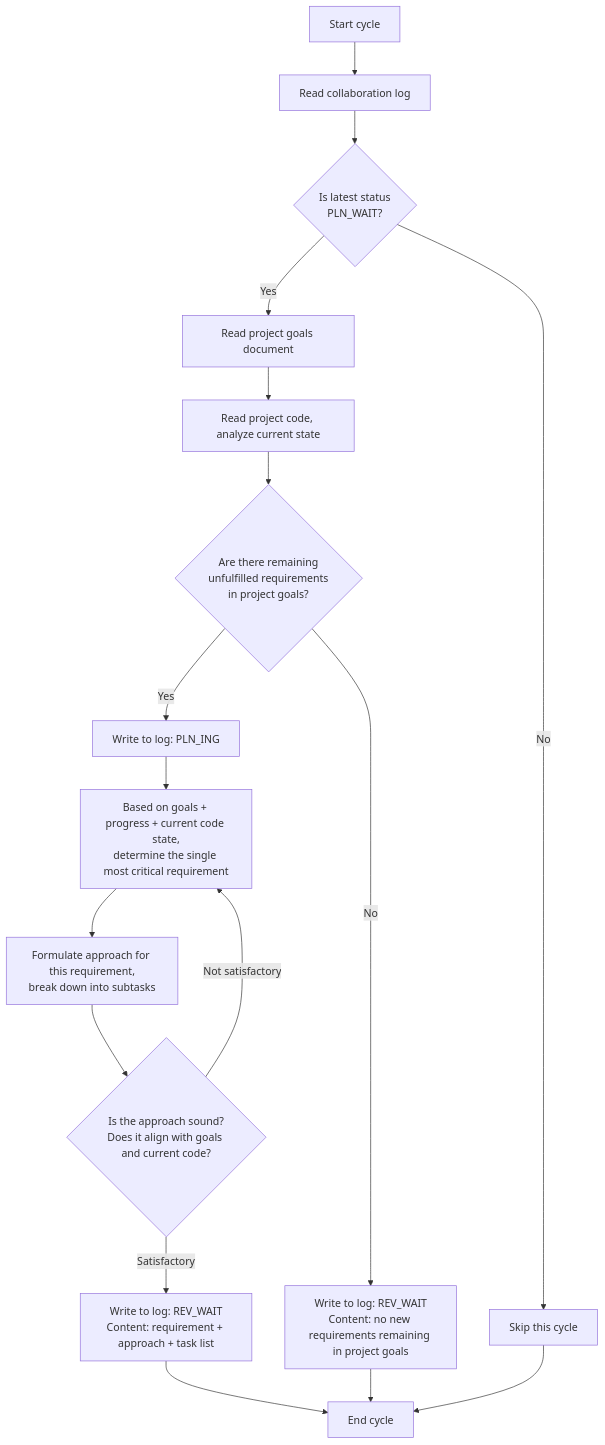
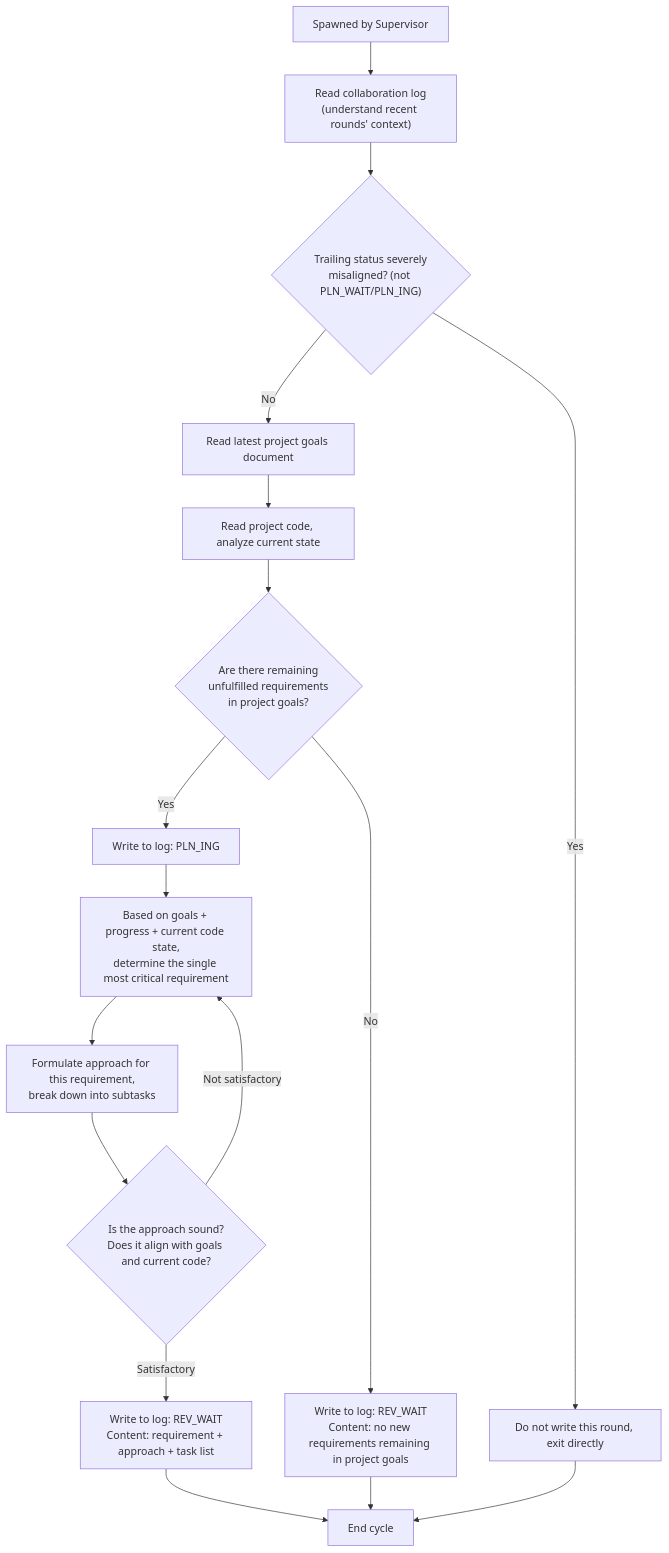
One commit to zhangzhanluo/pre-engineering changed the diagram in skills/pre-engineering/references/en/planner-guide-template.md. Above: the diagram before and after it, drawn with Mermaid. The commit also changed other lines of this file and 13 other files, not shown here.

````diff
--- a/skills/pre-engineering/references/en/planner-guide-template.md
+++ b/skills/pre-engineering/references/en/planner-guide-template.md
@@ -41,19 +31,19 @@
 ```mermaid
 flowchart TD
-    Start["Start cycle"] --> ReadLog["Read collaboration log"]
-    ReadLog --> Check{"Is latest status<br/>PLN_WAIT?"}
-    Check -->|No| Idle["Skip this cycle"]
-    Check -->|Yes| ReadGoal["Read project goals document"]
+    Start["Spawned by Supervisor"] --> ReadLog["Read collaboration log<br/>(understand recent rounds' context)"]
+    ReadLog --> Check{"Trailing status severely<br/>misaligned? (not PLN_WAIT/PLN_ING)"}
+    Check -->|Yes| Exit["Do not write this round, exit directly"]
+    Check -->|No| ReadGoal["Read latest project goals document"]
     ReadGoal --> ReadCode["Read project code, analyze current state"]
     ReadCode --> HasMore{"Are there remaining<br/>unfulfilled requirements<br/>in project goals?"}
     HasMore -->|Yes| Begin["Write to log: PLN_ING"]
     Begin --> Analyze["Based on goals + progress + current code state,<br/>determine the single most critical requirement"]
     Analyze --> Decompose["Formulate approach for this requirement,<br/>break down into subtasks"]
     Decompose --> SelfCheck{"Is the approach sound?<br/>Does it align with goals and current code?"}
     SelfCheck -->|Not satisfactory| Analyze
     SelfCheck -->|Satisfactory| Write["Write to log: REV_WAIT<br/>Content: requirement + approach + task list"]
     Write --> End["End cycle"]
     HasMore -->|No| NoMore["Write to log: REV_WAIT<br/>Content: no new requirements remaining in project goals"]
     NoMore --> End
-    Idle --> End
+    Exit --> End
 ```
````
